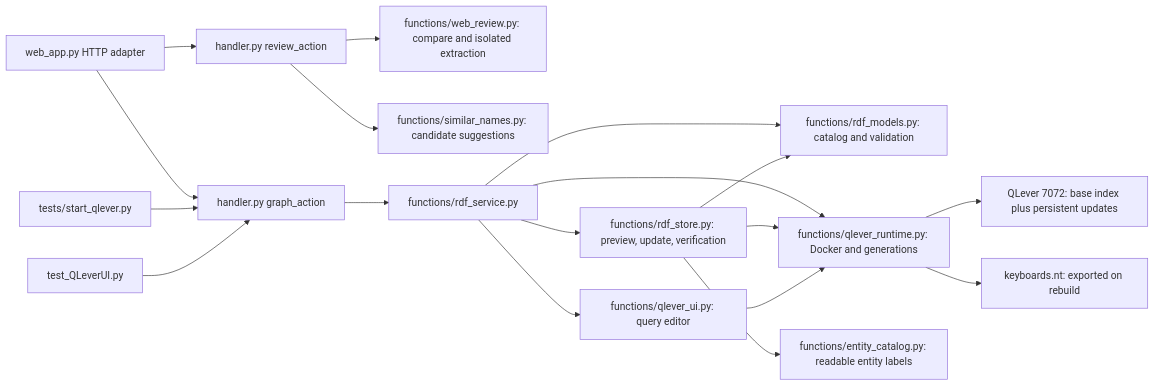
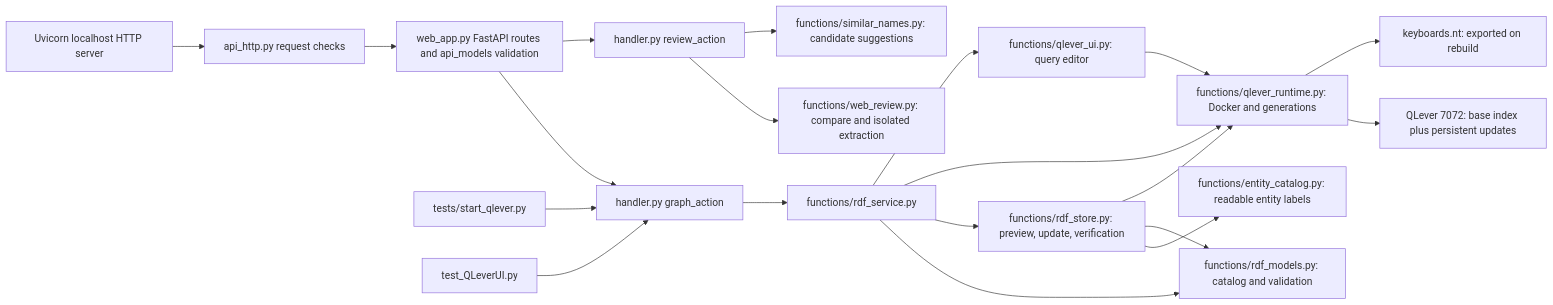
The second of 3 diagrams in workflow.md (hawks23/anywikia), drawn with Mermaid before and after one commit. The commit also changed other lines of this file and 5 other files, not shown here.

First line of the commit message:
Document FastAPI architecture and complete application workflow

````diff
--- a/workflow.md
+++ b/workflow.md
@@ -49,20 +49,22 @@
 ```mermaid
 flowchart LR
-    WEB[web_app.py HTTP adapter] --> HANDLER[handler.py graph_action]
+    UV[Uvicorn localhost HTTP server] --> GUARD[api_http.py request checks]
+    GUARD --> WEB[web_app.py FastAPI routes and api_models validation]
+    WEB --> HANDLER[handler.py graph_action]
     WEB --> REVIEW[handler.py review_action]
     REVIEW --> READ[functions/web_review.py: compare and isolated extraction]
     REVIEW --> SUGGEST[functions/similar_names.py: candidate suggestions]
     SETUP[tests/start_qlever.py] --> HANDLER
     UI[test_QLeverUI.py] --> HANDLER
     HANDLER --> SERVICE[functions/rdf_service.py]
     SERVICE --> MODEL[functions/rdf_models.py: catalog and validation]
     SERVICE --> STORE[functions/rdf_store.py: preview, update, verification]
     SERVICE --> RUNTIME[functions/qlever_runtime.py: Docker and generations]
     SERVICE --> QUERYUI[functions/qlever_ui.py: query editor]
     STORE --> LABELS[functions/entity_catalog.py: readable entity labels]
     STORE --> MODEL
     STORE --> RUNTIME
     QUERYUI --> RUNTIME
     RUNTIME --> GRAPH[QLever 7072: base index plus persistent updates]
     RUNTIME --> FILE[keyboards.nt: exported on rebuild]
 ```
````
